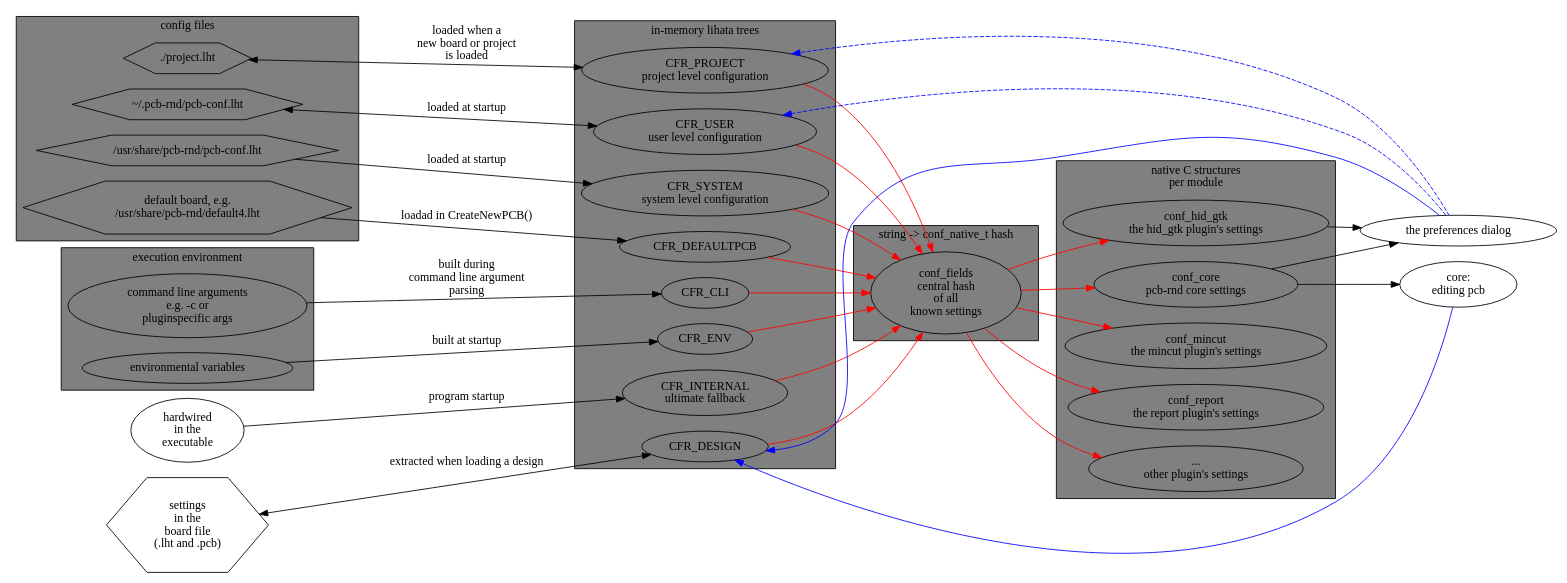
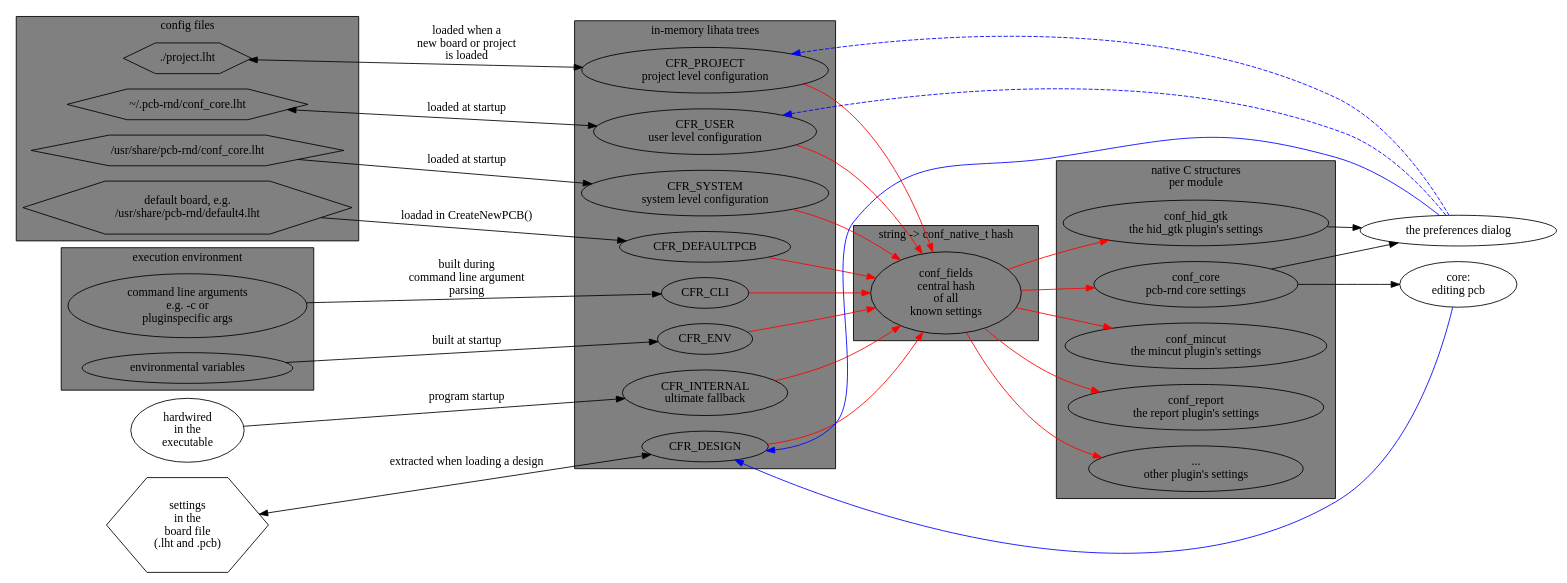
Before and after one commit to NoSuchProcess/pcb-rnd: the diagram in doc/conf/src/merging.dot, drawn with Graphviz. The commit also changed 7 other files, not shown here.

Commit message:
[conf] -Change: rename pcb-conf.lht to conf_core.lht for clarity

```diff
--- a/doc/conf/src/merging.dot
+++ b/doc/conf/src/merging.dot
@@ -1,103 +1,103 @@
 digraph g {
 	rankdir=LR;
 
 	subgraph cluster_memtree {
 		label="in-memory lihata trees"
 		bgcolor=grey
 		rank=same
 		CFR_INTERNAL    [label="CFR_INTERNAL\nultimate fallback"]
 		CFR_SYSTEM      [label="CFR_SYSTEM\nsystem level configuration"]
 		CFR_DEFAULTPCB  [label="CFR_DEFAULTPCB"]
 		CFR_USER        [label="CFR_USER\nuser level configuration"]
 		CFR_ENV         [label="CFR_ENV"]
 		CFR_PROJECT     [label="CFR_PROJECT\nproject level configuration"]
 		CFR_DESIGN      [label="CFR_DESIGN"]
 		CFR_CLI         [label="CFR_CLI"]
 	}
 
 	subgraph cluster_fields {
 		label="string -> conf_native_t hash"
 		bgcolor=grey
 		conf_fields     [label="conf_fields\ncentral hash\nof all\nknown settings"]
 	}
 
 	subgraph cluster_native {
 		label="native C structures\nper module"
 		bgcolor=grey
 		conf_core       [label="conf_core\npcb-rnd core settings"]
 		conf_hid_gtk    [label="conf_hid_gtk\nthe hid_gtk plugin's settings"]
 		conf_mincut     [label="conf_mincut\nthe mincut plugin's settings"]
 		conf_report     [label="conf_report\nthe report plugin's settings"]
 		conf_other      [label="...\nother plugin's settings"]
 	}
 
 	CFR_INTERNAL    -> conf_fields [color=red]
 	CFR_SYSTEM      -> conf_fields [color=red]
 	CFR_DEFAULTPCB  -> conf_fields [color=red]
 	CFR_USER        -> conf_fields [color=red]
 	CFR_ENV         -> conf_fields [color=red]
 	CFR_PROJECT     -> conf_fields [color=red]
 	CFR_DESIGN      -> conf_fields [color=red]
 	CFR_CLI         -> conf_fields [color=red]
 
 
 #	CFR_INTERNAL    -> CFR_SYSTEM
 #	CFR_SYSTEM      -> CFR_DEFAULTPCB
 #	CFR_DEFAULTPCB  -> CFR_USER
 #	CFR_USER        -> CFR_ENV
 #	CFR_ENV         -> CFR_PROJECT
 #	CFR_PROJECT     -> CFR_DESIGN
 #	CFR_DESIGN      -> CFR_CLI
 
 	conf_fields -> conf_core      [color=red]
 	conf_fields -> conf_hid_gtk   [color=red]
 	conf_fields -> conf_mincut    [color=red]
 	conf_fields -> conf_report    [color=red]
 	conf_fields -> conf_other     [color=red]
 
 
 
 	subgraph cluster_files {
 		label="config files"
 		bgcolor=grey
-		lht_system        [label="/usr/share/pcb-rnd/pcb-conf.lht" shape=hexagon]
+		lht_system        [label="/usr/share/pcb-rnd/conf_core.lht" shape=hexagon]
 		pcb_default       [label="default board, e.g.\n/usr/share/pcb-rnd/default4.lht" shape=hexagon]
 		project           [label="./project.lht" shape=hexagon]
-		lht_user          [label="~/.pcb-rnd/pcb-conf.lht" shape=hexagon]
+		lht_user          [label="~/.pcb-rnd/conf_core.lht" shape=hexagon]
 	}
 
 	subgraph cluster_exec_env {
 		label="execution environment"
 		bgcolor=grey
 		env               [label="environmental variables"]
 		cli               [label="command line arguments\ne.g. -c or\npluginspecific args"]
 	}
 
 	lht_internal      [label="hardwired\nin the\nexecutable"]
 	design            [label="settings\nin the\nboard file\n(.lht and .pcb)" shape=hexagon]
 
 	lht_internal -> CFR_INTERNAL    [label="program startup"]
 	lht_system   -> CFR_SYSTEM      [label="loaded at startup"]
 	pcb_default  -> CFR_DEFAULTPCB  [label="loadad in CreateNewPCB()"]
 	lht_user     -> CFR_USER        [label="loaded at startup" dir=both]
 	env          -> CFR_ENV         [label="built at startup"]
 	project      -> CFR_PROJECT     [label="loaded when a\nnew board or project\nis loaded" dir=both]
 	design       -> CFR_DESIGN      [label="extracted when loading a design" dir=both]
 	cli          -> CFR_CLI         [label="built during\ncommand line argument\nparsing"]
 
 
 	hid_gtk [label="the preferences dialog"]
 
 	conf_core     -> hid_gtk [weight=100]
 	conf_hid_gtk  -> hid_gtk
 
 	hid_gtk -> CFR_DESIGN  [color=blue weigth=0]
 	hid_gtk -> CFR_PROJECT [color=blue weigth=0 style=dashed]
 	hid_gtk -> CFR_USER    [color=blue weigth=0 style=dashed]
 
 
 	editor  [label="core:\nediting pcb"]
 	conf_core -> editor   [weight=100]
 	editor -> CFR_DESIGN  [color=blue weigth=0]
 
 }
```
